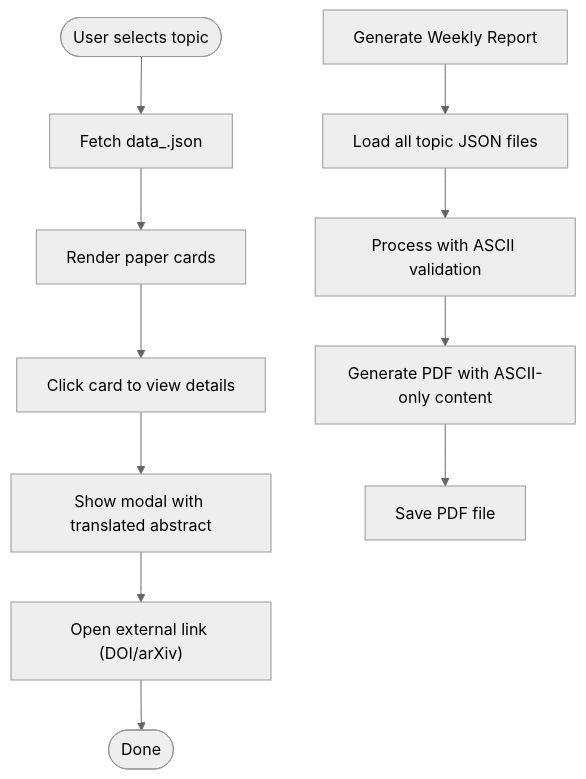
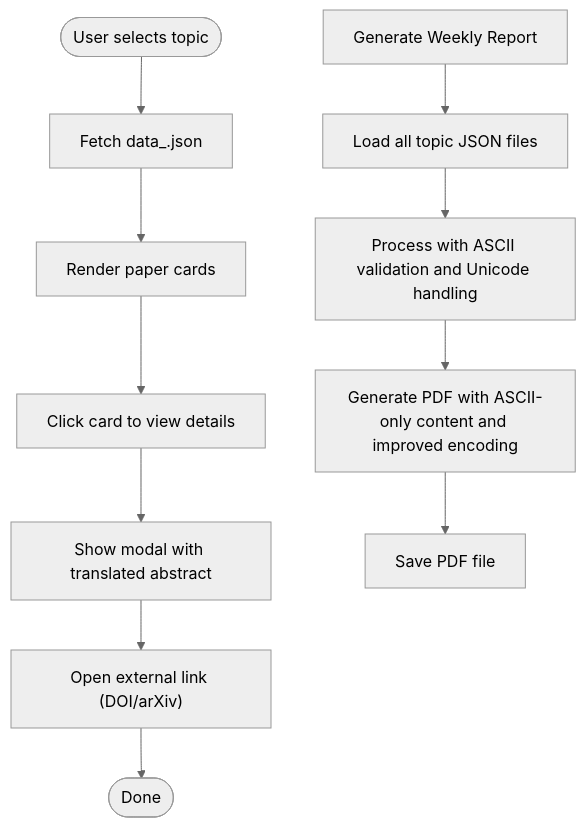
Before and after one commit to junxie01/paper_weekly: the third of 4 diagrams in .qoder/repowiki/en/content/Core Components/Core Components.md, drawn with Mermaid (neutral theme). The commit also changed other lines of this file and 7 other files, not shown here.

````diff
--- a/.qoder/repowiki/en/content/Core Components/Core Components.md
+++ b/.qoder/repowiki/en/content/Core Components/Core Components.md
@@ -301,13 +303,13 @@
 ```mermaid
 flowchart TD
 Start(["User selects topic"]) --> FetchJSON["Fetch data_<topic>.json"]
 FetchJSON --> RenderCards["Render paper cards"]
 RenderCards --> ClickCard["Click card to view details"]
 ClickCard --> ShowModal["Show modal with translated abstract"]
 ShowModal --> ExternalLink["Open external link (DOI/arXiv)"]
 ExternalLink --> End(["Done"])
 StartPDF["Generate Weekly Report"] --> LoadData["Load all topic JSON files"]
-LoadData --> ProcessData["Process with ASCII validation"]
-ProcessData --> GeneratePDF["Generate PDF with ASCII-only content"]
+LoadData --> ProcessData["Process with ASCII validation and Unicode handling"]
+ProcessData --> GeneratePDF["Generate PDF with ASCII-only content and improved encoding"]
 GeneratePDF --> SavePDF["Save PDF file"]
 ```
````
